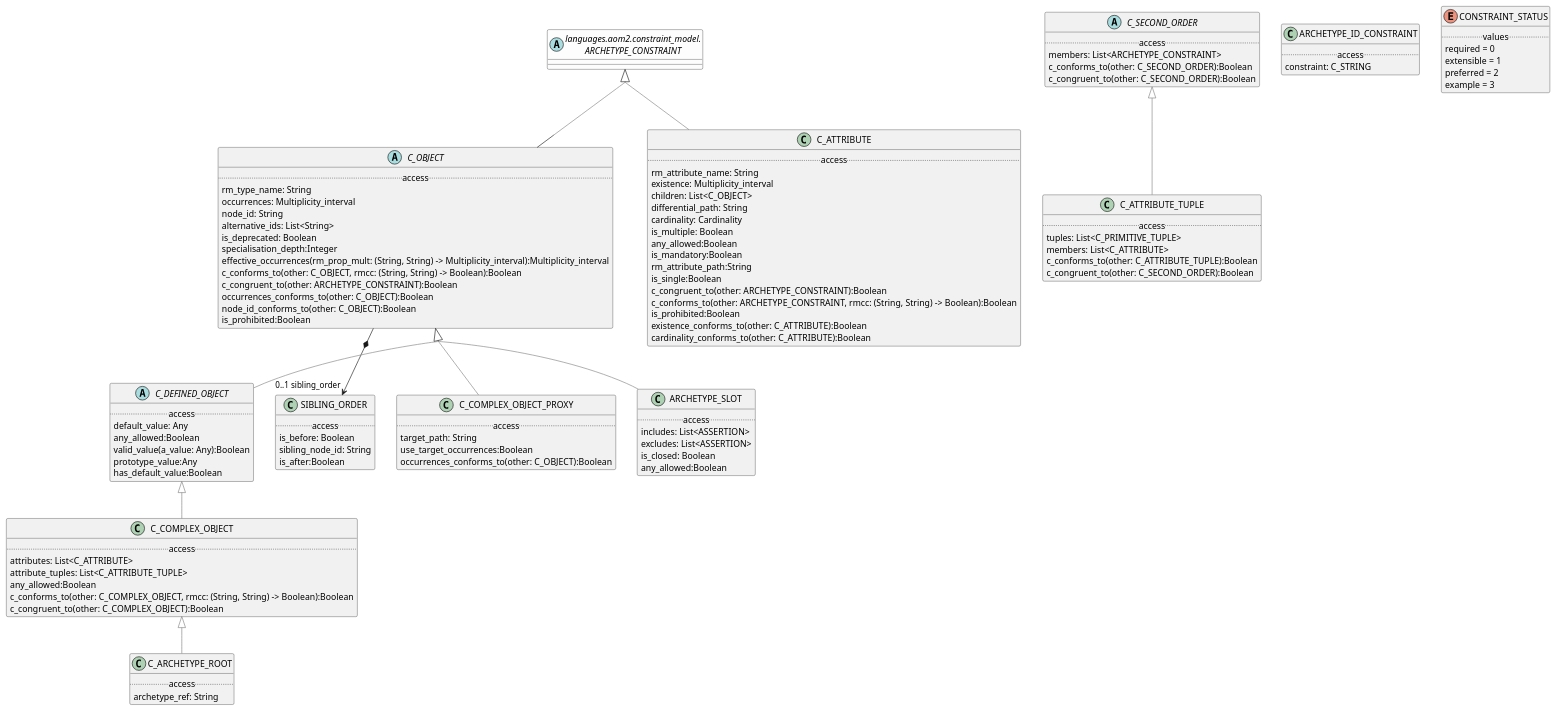
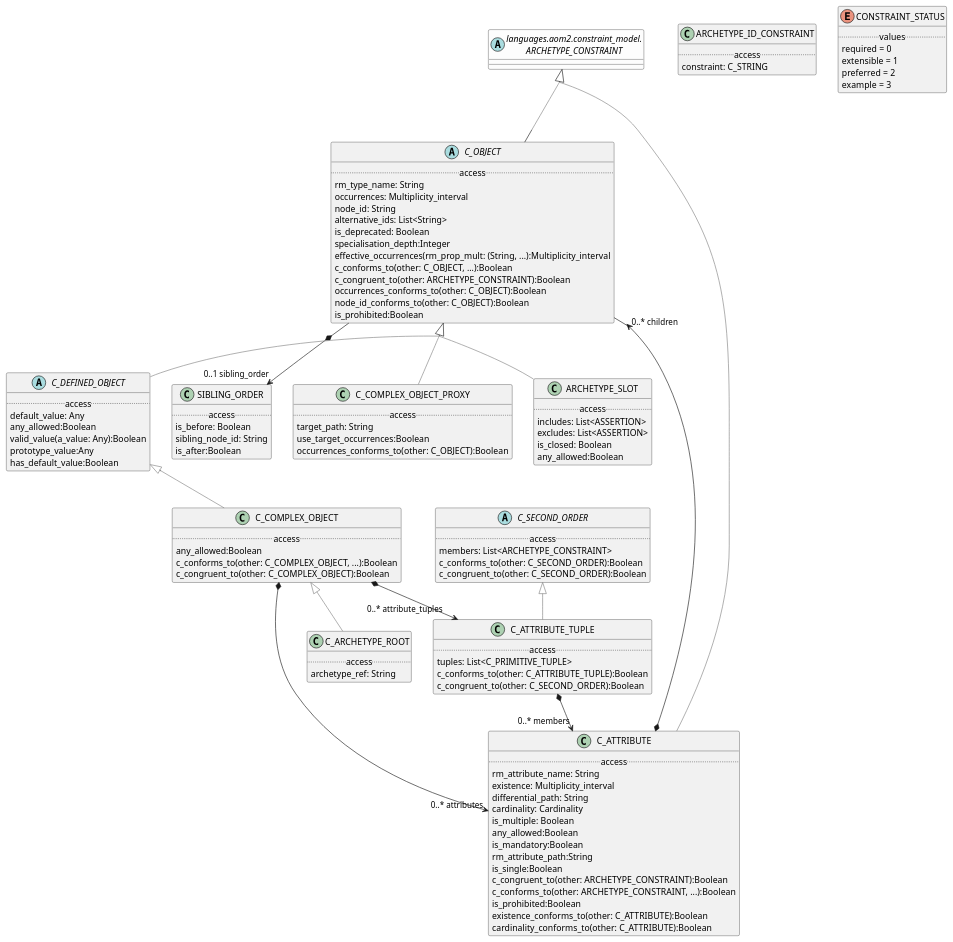
One commit to wolandscat/openehr-doc changed the diagram in modules/ROOT/examples/bmm/languages/aom2/constraint_model/complex/complex-package-uml.adoc. Above: the diagram before and after it, drawn with PlantUML. The commit also changed 26 other files, not shown here.

```diff
--- a/modules/ROOT/examples/bmm/languages/aom2/constraint_model/complex/complex-package-uml.adoc
+++ b/modules/ROOT/examples/bmm/languages/aom2/constraint_model/complex/complex-package-uml.adoc
@@ -9,13 +9,14 @@
 class C_ATTRIBUTE_TUPLE [[/openehr-doc/latest/languages/aom2-gen.html#_class_c_attribute_tuple]] {
         .. access ..
         tuples: List<C_PRIMITIVE_TUPLE>
-        members: List<C_ATTRIBUTE>
         c_conforms_to(other: C_ATTRIBUTE_TUPLE):Boolean
         c_congruent_to(other: C_SECOND_ORDER):Boolean
 }
 
 C_ATTRIBUTE_TUPLE -[#gray]up-|> C_SECOND_ORDER  
 
+
+C_ATTRIBUTE_TUPLE *--> "0..* members" C_ATTRIBUTE
 
 abstract class C_OBJECT [[/openehr-doc/latest/languages/aom2-gen.html#_class_c_object]] {
         .. access ..
@@ -25,8 +26,8 @@
         alternative_ids: List<String>
         is_deprecated: Boolean
         specialisation_depth:Integer
-        effective_occurrences(rm_prop_mult: (String, String) -> Multiplicity_interval):Multiplicity_interval
-        c_conforms_to(other: C_OBJECT, rmcc: (String, String) -> Boolean):Boolean
+        effective_occurrences(rm_prop_mult: (String, ...):Multiplicity_interval
+        c_conforms_to(other: C_OBJECT, ...):Boolean
         c_congruent_to(other: ARCHETYPE_CONSTRAINT):Boolean
         occurrences_conforms_to(other: C_OBJECT):Boolean
         node_id_conforms_to(other: C_OBJECT):Boolean
@@ -111,21 +112,22 @@
 
 class C_COMPLEX_OBJECT [[/openehr-doc/latest/languages/aom2-gen.html#_class_c_complex_object]] {
         .. access ..
-        attributes: List<C_ATTRIBUTE>
-        attribute_tuples: List<C_ATTRIBUTE_TUPLE>
         any_allowed:Boolean
-        c_conforms_to(other: C_COMPLEX_OBJECT, rmcc: (String, String) -> Boolean):Boolean
+        c_conforms_to(other: C_COMPLEX_OBJECT, ...):Boolean
         c_congruent_to(other: C_COMPLEX_OBJECT):Boolean
 }
 
 C_COMPLEX_OBJECT -[#gray]up-|> C_DEFINED_OBJECT  
 
 
+C_COMPLEX_OBJECT *--> "0..* attributes" C_ATTRIBUTE
+
+C_COMPLEX_OBJECT *--> "0..* attribute_tuples" C_ATTRIBUTE_TUPLE
+
 class C_ATTRIBUTE [[/openehr-doc/latest/languages/aom2-gen.html#_class_c_attribute]] {
         .. access ..
         rm_attribute_name: String
         existence: Multiplicity_interval
-        children: List<C_OBJECT>
         differential_path: String
         cardinality: Cardinality
         is_multiple: Boolean
@@ -134,7 +136,7 @@
         rm_attribute_path:String
         is_single:Boolean
         c_congruent_to(other: ARCHETYPE_CONSTRAINT):Boolean
-        c_conforms_to(other: ARCHETYPE_CONSTRAINT, rmcc: (String, String) -> Boolean):Boolean
+        c_conforms_to(other: ARCHETYPE_CONSTRAINT, ...):Boolean
         is_prohibited:Boolean
         existence_conforms_to(other: C_ATTRIBUTE):Boolean
         cardinality_conforms_to(other: C_ATTRIBUTE):Boolean
@@ -142,6 +144,8 @@
 
 C_ATTRIBUTE -[#gray]up-|> ARCHETYPE_CONSTRAINT  
 
+
+C_ATTRIBUTE *--> "0..* children" C_OBJECT
 abstract class "languages.aom2.constraint_model.\nARCHETYPE_CONSTRAINT" as ARCHETYPE_CONSTRAINT  [[/openehr-doc/latest/languages/aom2-gen.html#_class_archetype_constraint]] #FDFDFD {
 }
 
```
